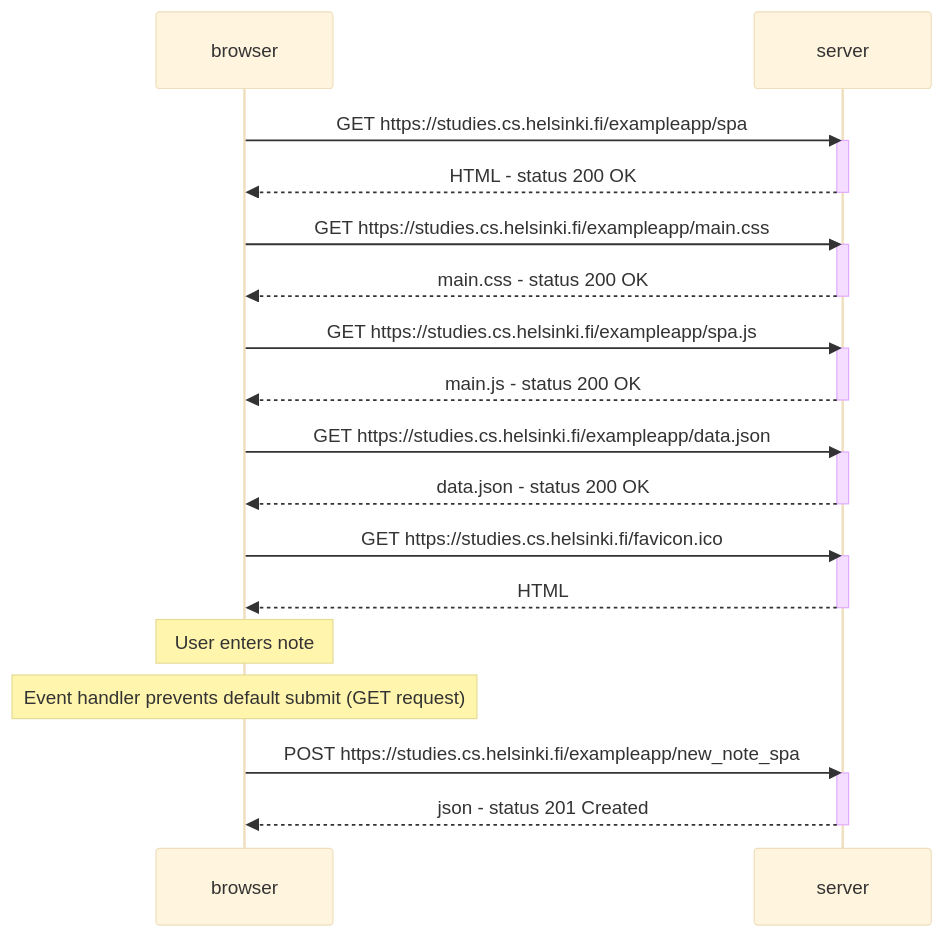
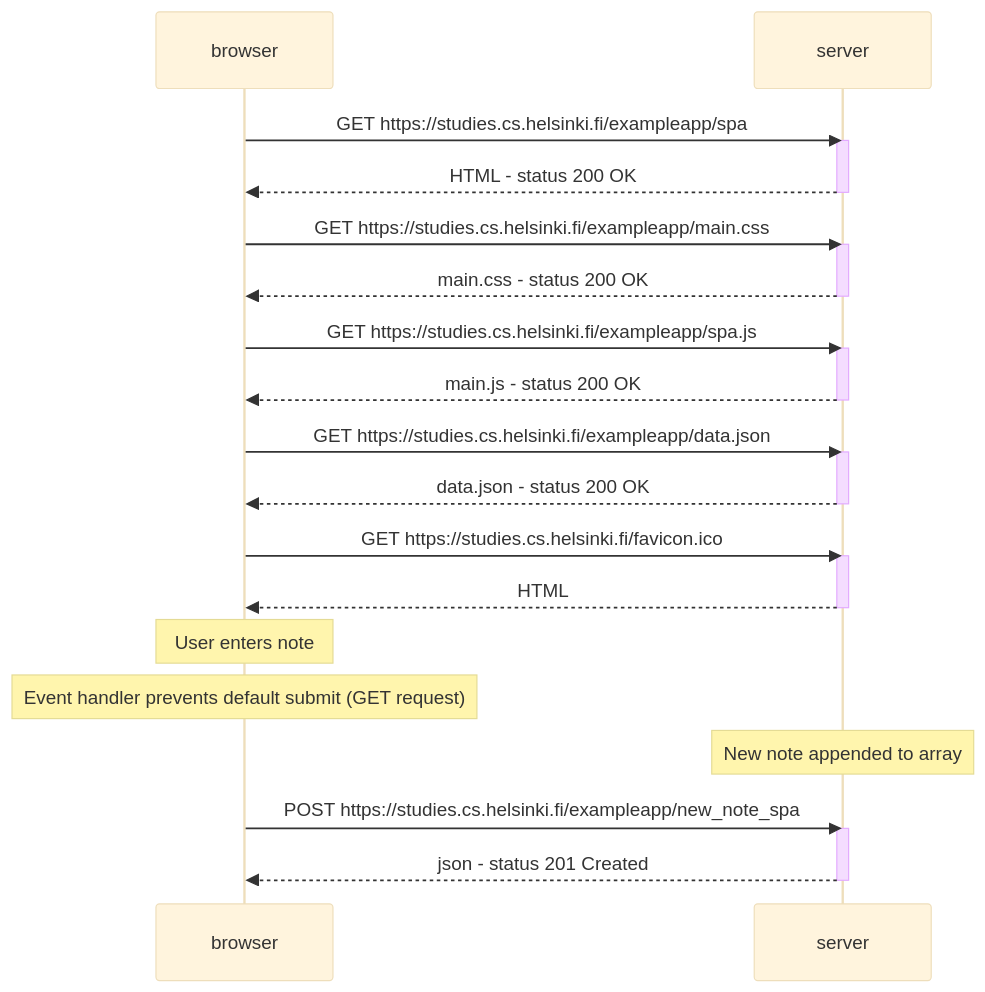
One commit to joekbullard/helsinki-mooc changed the diagram in part0/0.6.md. Above: the diagram before and after it, drawn with Mermaid (base theme).

````diff
--- a/part0/0.6.md
+++ b/part0/0.6.md
@@ -1,40 +1,42 @@
 ```mermaid
 sequenceDiagram
     participant browser
     participant server
     
     browser->>server: GET https://studies.cs.helsinki.fi/exampleapp/spa
     activate server
     server-->>browser: HTML - status 200 OK
     deactivate server
     
     browser->>server: GET https://studies.cs.helsinki.fi/exampleapp/main.css
     activate server
     server-->>browser: main.css - status 200 OK
     deactivate server
 
     browser->>server: GET https://studies.cs.helsinki.fi/exampleapp/spa.js
     activate server
     server-->>browser: main.js - status 200 OK
     deactivate server
     
     browser->>server: GET https://studies.cs.helsinki.fi/exampleapp/data.json
     activate server
     server-->>browser: data.json - status 200 OK
     deactivate server
     
     browser->>server: GET https://studies.cs.helsinki.fi/favicon.ico
     activate server
     server-->>browser: HTML
     deactivate server
     
     Note over browser: User enters note
     
     Note over browser: Event handler prevents default submit (GET request) 
     
+    Note over server: New note appended to array
+    
     browser->>server: POST https://studies.cs.helsinki.fi/exampleapp/new_note_spa
     activate server
     server-->>browser: json - status 201 Created
     deactivate server
 
 ```    
````
